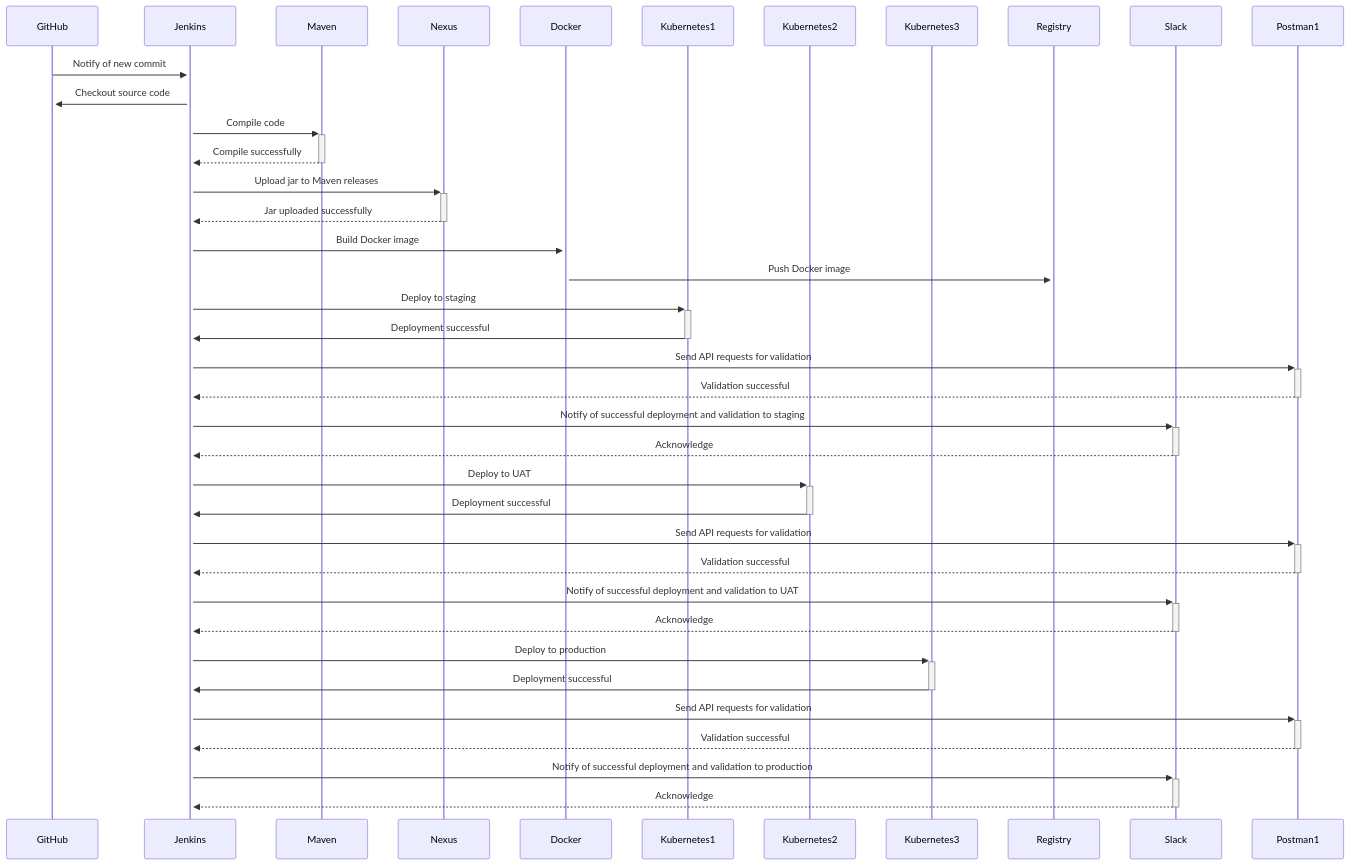
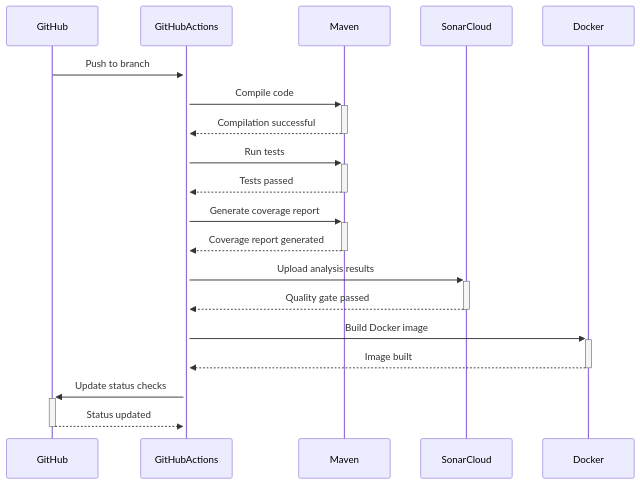
One commit to juananmoraorganization/springnine changed the diagram in docs/index.md. Above: the diagram before and after it, drawn with Mermaid. The commit also changed other lines of this file and 6 other files, not shown here.

````diff
--- a/docs/index.md
+++ b/docs/index.md
@@ -36,42 +185,22 @@
 ```mermaid
   sequenceDiagram
   participant GitHub
-  participant Jenkins
+  participant GitHubActions
   participant Maven
-  participant Nexus
+  participant SonarCloud
   participant Docker
-  participant Kubernetes1
-  participant Kubernetes2
-  participant Kubernetes3
-  participant Registry
-  participant Slack
-  participant Postman1
 
-  GitHub->>+Jenkins: Notify of new commit
-  Jenkins->>+GitHub: Checkout source code
-  Jenkins->>+Maven: Compile code
-  Maven-->>-Jenkins: Compile successfully
-  Jenkins->>+Nexus: Upload jar to Maven releases
-  Nexus-->>-Jenkins: Jar uploaded successfully
-  Jenkins->>+Docker: Build Docker image
-  Docker->>+Registry: Push Docker image
-  Jenkins->>+Kubernetes1: Deploy to staging
-  Kubernetes1->>-Jenkins: Deployment successful
-  Jenkins->>+Postman1: Send API requests for validation
-  Postman1-->>-Jenkins: Validation successful
-  Jenkins->>+Slack: Notify of successful deployment and validation to staging
-  Slack-->>-Jenkins: Acknowledge
-  Jenkins->>+Kubernetes2: Deploy to UAT
-  Kubernetes2->>-Jenkins: Deployment successful
-  Jenkins->>+Postman1: Send API requests for validation
-  Postman1-->>-Jenkins: Validation successful
-  Jenkins->>+Slack: Notify of successful deployment and validation to UAT
-  Slack-->>-Jenkins: Acknowledge
-  Jenkins->>+Kubernetes3: Deploy to production
-  Kubernetes3->>-Jenkins: Deployment successful
-  Jenkins->>+Postman1: Send API requests for validation
-  Postman1-->>-Jenkins: Validation successful
-  Jenkins->>+Slack: Notify of successful deployment and validation to production
-  Slack-->>-Jenkins: Acknowledge
-
+  GitHub->>+GitHubActions: Push to branch
+  GitHubActions->>+Maven: Compile code
+  Maven-->>-GitHubActions: Compilation successful
+  GitHubActions->>+Maven: Run tests
+  Maven-->>-GitHubActions: Tests passed
+  GitHubActions->>+Maven: Generate coverage report
+  Maven-->>-GitHubActions: Coverage report generated
+  GitHubActions->>+SonarCloud: Upload analysis results
+  SonarCloud-->>-GitHubActions: Quality gate passed
+  GitHubActions->>+Docker: Build Docker image
+  Docker-->>-GitHubActions: Image built
+  GitHubActions->>+GitHub: Update status checks
+  GitHub-->>-GitHubActions: Status updated
 ```
````
